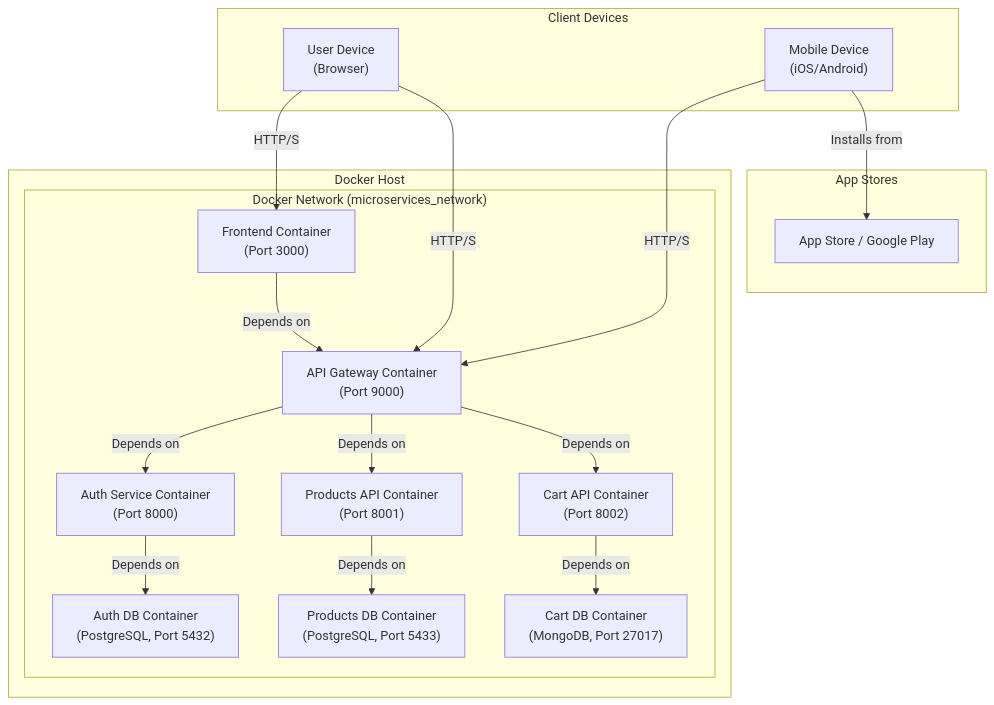
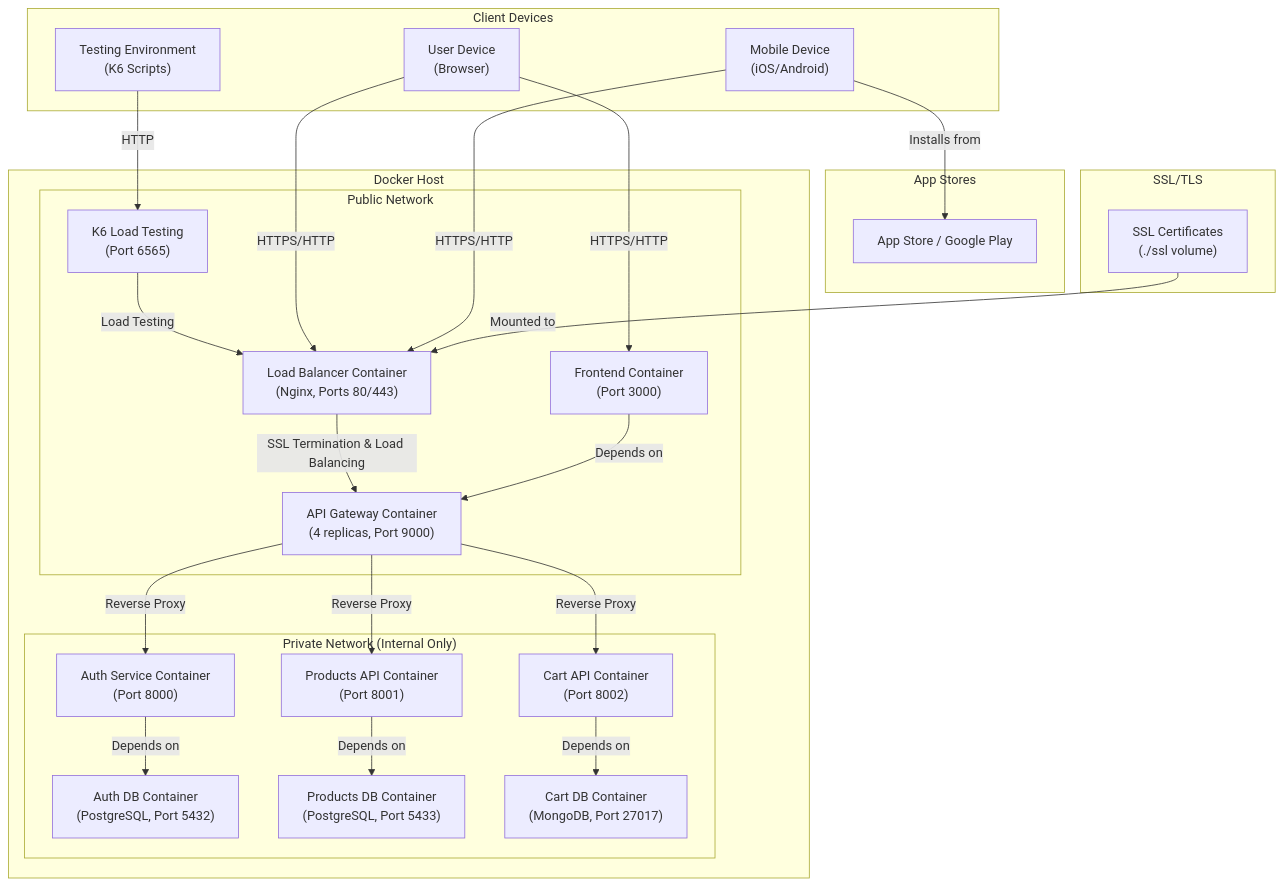
Before and after one commit to juanalytics/tussi: the third of 12 diagrams in README.md, drawn with Mermaid. The commit also changed other lines of this file, not shown here.

First line of the commit message:
Update README to reflect architectural changes and new components

````diff
--- a/README.md
+++ b/README.md
@@ -299,38 +343,53 @@
 ```mermaid
 graph TD
     subgraph "Docker Host"
-        subgraph "Docker Network (microservices_network)"
+        subgraph "Public Network"
+            LoadBalancerContainer["Load Balancer Container<br>(Nginx, Ports 80/443)"]
             FrontendContainer["Frontend Container<br>(Port 3000)"]
-            APIGatewayContainer["API Gateway Container<br>(Port 9000)"]
+            APIGatewayContainer["API Gateway Container<br>(4 replicas, Port 9000)"]
+            K6Container["K6 Load Testing<br>(Port 6565)"]
+        end
+
+        subgraph "Private Network (Internal Only)"
             AuthServiceContainer["Auth Service Container<br>(Port 8000)"]
             ProductsAPIContainer["Products API Container<br>(Port 8001)"]
             CartAPIContainer["Cart API Container<br>(Port 8002)"]
             AuthDBContainer["Auth DB Container<br>(PostgreSQL, Port 5432)"]
             ProductsDBContainer["Products DB Container<br>(PostgreSQL, Port 5433)"]
             CartDBContainer["Cart DB Container<br>(MongoDB, Port 27017)"]
         end
 
+        LoadBalancerContainer -- "SSL Termination & Load Balancing" --> APIGatewayContainer
         FrontendContainer -- "Depends on" --> APIGatewayContainer
-        APIGatewayContainer -- "Depends on" --> AuthServiceContainer
-        APIGatewayContainer -- "Depends on" --> ProductsAPIContainer
-        APIGatewayContainer -- "Depends on" --> CartAPIContainer
+        APIGatewayContainer -- "Reverse Proxy" --> AuthServiceContainer
+        APIGatewayContainer -- "Reverse Proxy" --> ProductsAPIContainer
+        APIGatewayContainer -- "Reverse Proxy" --> CartAPIContainer
         AuthServiceContainer -- "Depends on" --> AuthDBContainer
         ProductsAPIContainer -- "Depends on" --> ProductsDBContainer
         CartAPIContainer -- "Depends on" --> CartDBContainer
+        K6Container -- "Load Testing" --> LoadBalancerContainer
     end
 
     subgraph "Client Devices"
         UserDevice["User Device<br>(Browser)"]
         MobileDevice["Mobile Device<br>(iOS/Android)"]
+        TestingDevice["Testing Environment<br>(K6 Scripts)"]
     end
 
-    UserDevice -- "HTTP/S" --> FrontendContainer
-    UserDevice -- "HTTP/S" --> APIGatewayContainer
-    MobileDevice -- "HTTP/S" --> APIGatewayContainer
+    UserDevice -- "HTTPS/HTTP" --> LoadBalancerContainer
+    UserDevice -- "HTTPS/HTTP" --> FrontendContainer
+    MobileDevice -- "HTTPS/HTTP" --> LoadBalancerContainer
+    TestingDevice -- "HTTP" --> K6Container
 
     subgraph "App Stores"
         AppStore["App Store / Google Play"]
     end
 
     MobileDevice -- "Installs from" --> AppStore
+
+    subgraph "SSL/TLS"
+        SSLCerts["SSL Certificates<br>(./ssl volume)"]
+    end
+
+    SSLCerts -- "Mounted to" --> LoadBalancerContainer
 ```
````
